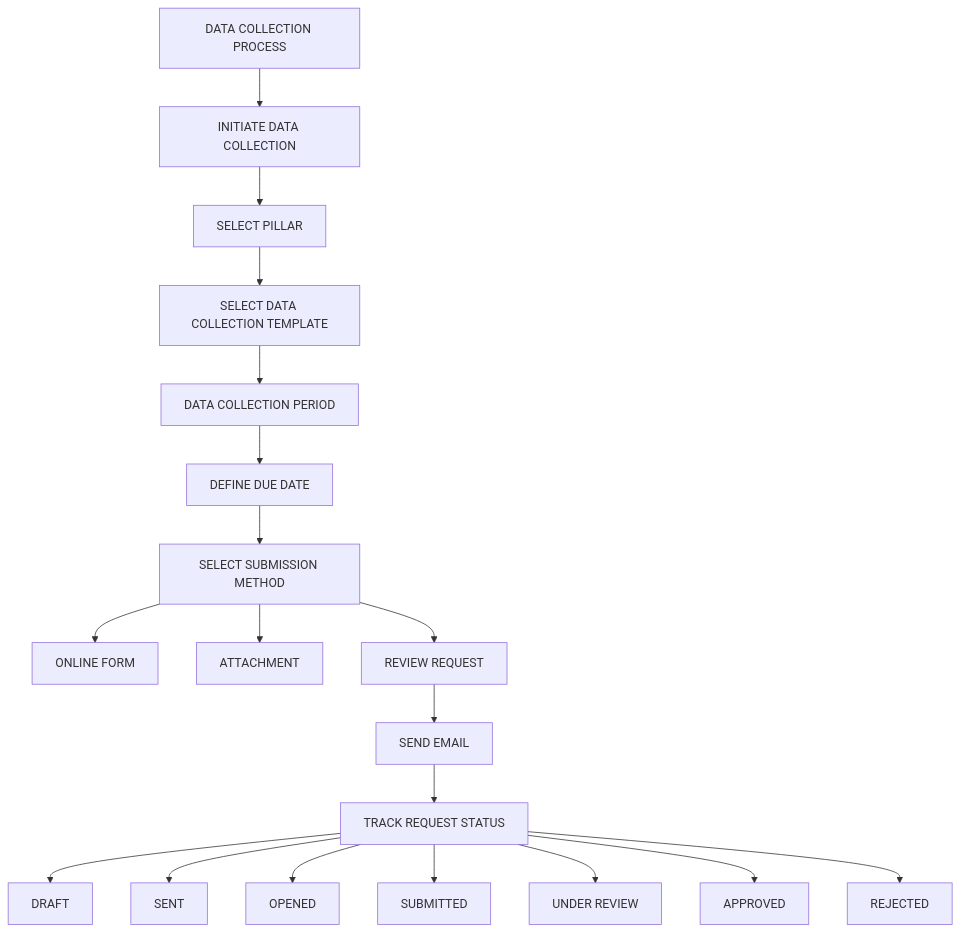
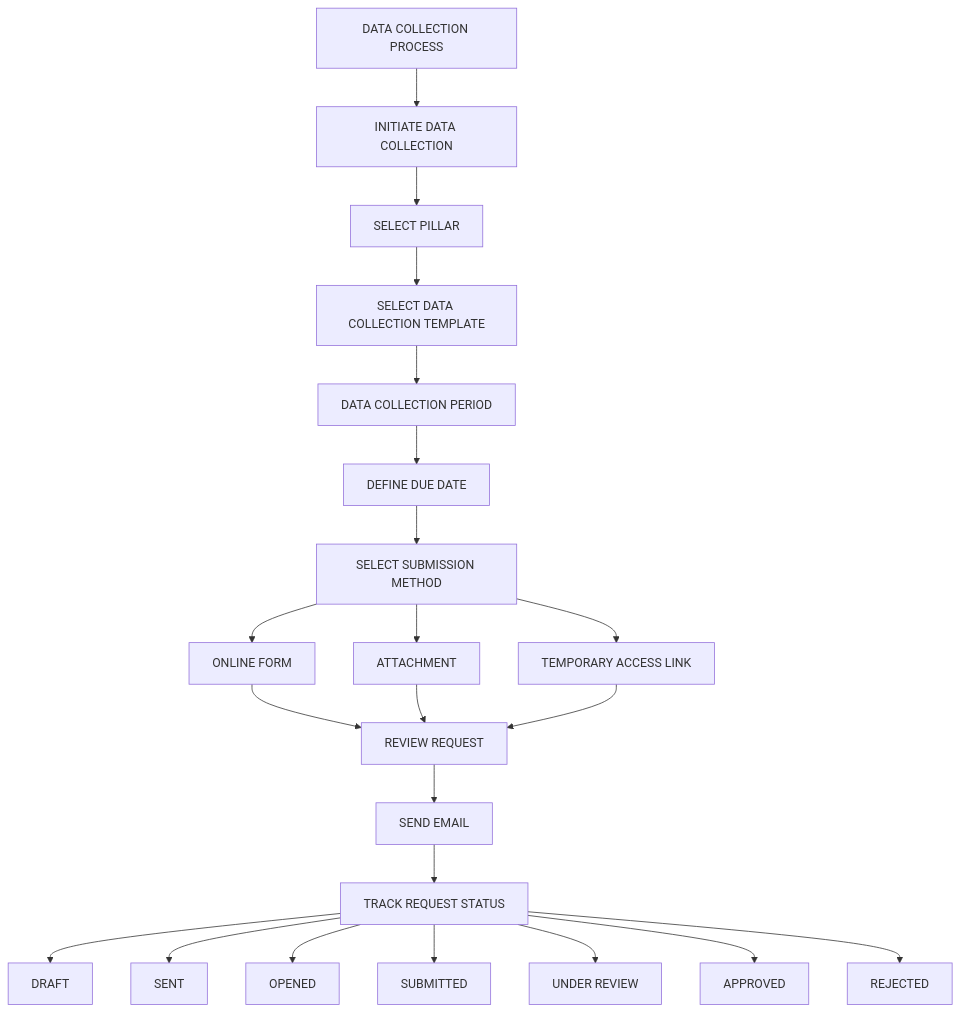
Before and after one commit to anuragprajapatiotsi/FRS-Markdown-file: the first of 10 diagrams in Data Collection.md, drawn with Mermaid. The commit also changed other lines of this file, not shown here.

Commit message:
changes made in the functional hierarchy diagram

````diff
--- a/Data Collection.md
+++ b/Data Collection.md
@@ -40,24 +40,27 @@
 ```mermaid
 flowchart TD
     A[DATA COLLECTION PROCESS] --> B[INITIATE DATA COLLECTION]
     B --> C[SELECT PILLAR]
     C --> D[SELECT DATA COLLECTION TEMPLATE]
     D --> E[DATA COLLECTION PERIOD]
     E --> F[DEFINE DUE DATE]
     F --> G[SELECT SUBMISSION METHOD]
     
     G --> G1[ONLINE FORM]
     G --> G2[ATTACHMENT]
+    G --> G3[TEMPORARY ACCESS LINK]
     
-    G --> H[REVIEW REQUEST]
+    G1 --> H[REVIEW REQUEST]
+    G2 --> H
+    G3 --> H
     H --> I[SEND EMAIL]
     I --> J[TRACK REQUEST STATUS]
     
     J --> J1[DRAFT]
     J --> J2[SENT]
     J --> J3[OPENED]
     J --> J4[SUBMITTED]
     J --> J5[UNDER REVIEW]
     J --> J6[APPROVED]
     J --> J7[REJECTED]
 ```
````
